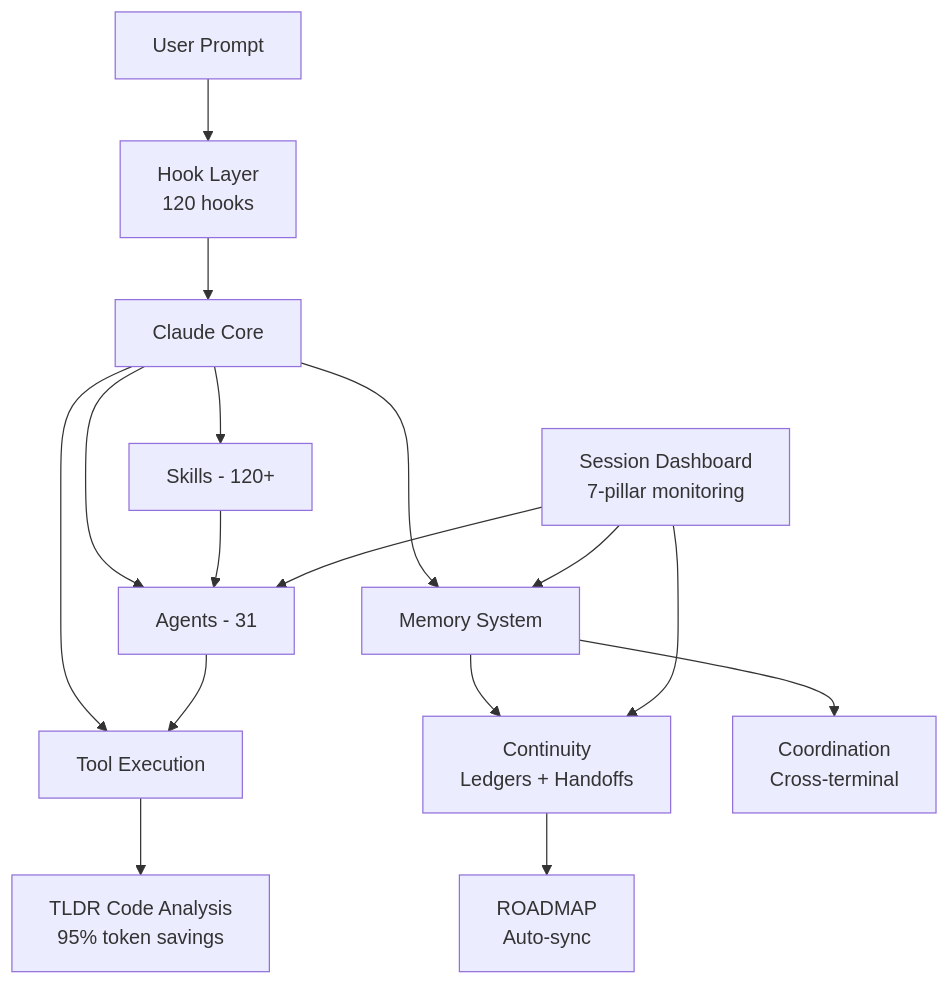
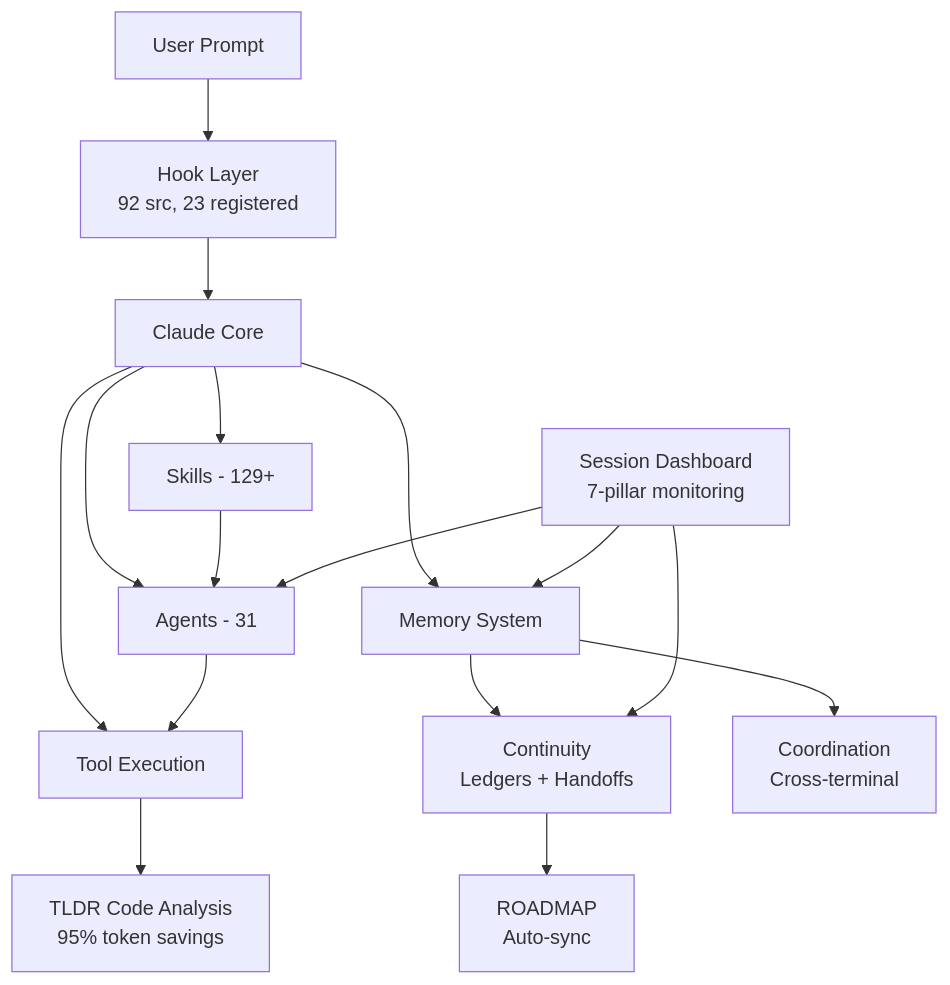
One commit to parcadei/Continuous-Claude-v2 changed the diagram in README.md. Above: the diagram before and after it, drawn with Mermaid. The commit also changed other lines of this file and 5 other files, not shown here.

First line of the commit message:
docs: update architecture diagrams, roadmap, and README

````diff
--- a/README.md
+++ b/README.md
@@ -930,18 +931,18 @@
 ```mermaid
 graph TB
-    UP[User Prompt] --> HL[Hook Layer<br/>120 hooks]
+    UP[User Prompt] --> HL[Hook Layer<br/>92 src, 23 registered]
     HL --> CC[Claude Core]
     CC --> TE[Tool Execution]
-    CC --> SK[Skills - 120+]
+    CC --> SK[Skills - 129+]
     CC --> AG[Agents - 31]
     CC --> MS[Memory System]
     SK --> AG
     AG --> TE
     TE --> TLDR[TLDR Code Analysis<br/>95% token savings]
     MS --> CL[Continuity<br/>Ledgers + Handoffs]
     MS --> CO[Coordination<br/>Cross-terminal]
     CL --> RM[ROADMAP<br/>Auto-sync]
     SD[Session Dashboard<br/>7-pillar monitoring] --> MS
     SD --> AG
     SD --> CL
 ```
````
